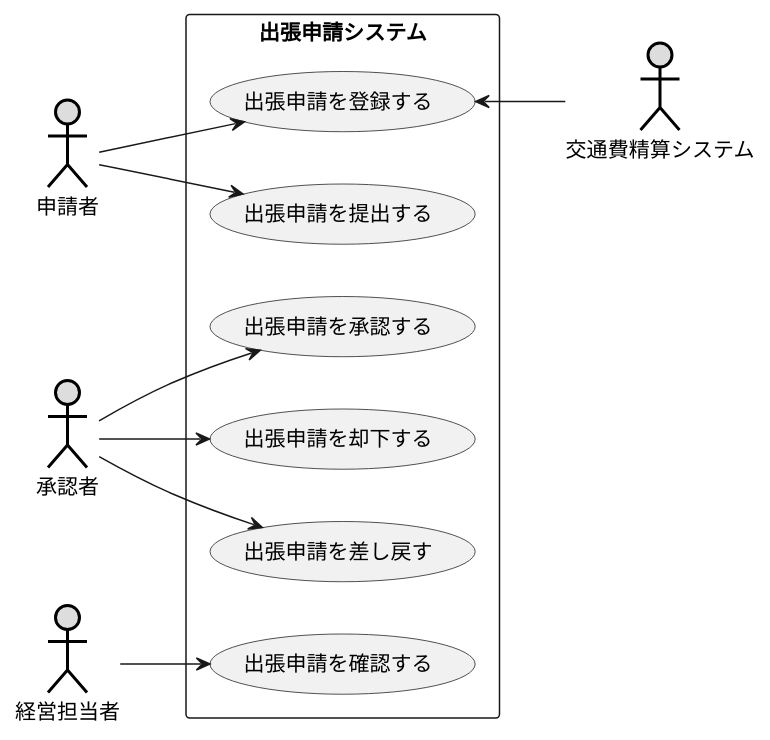
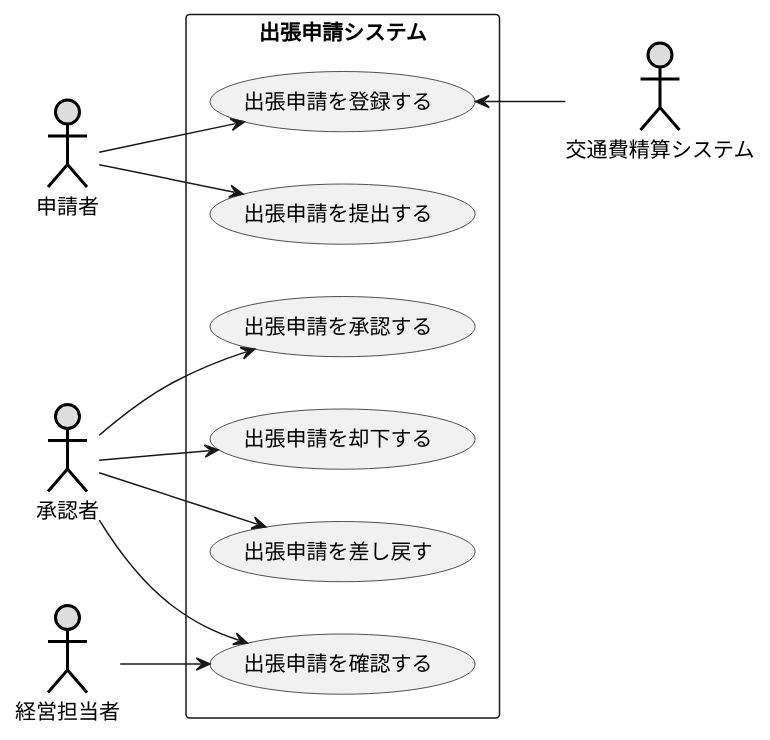
The diagram in 演習2-1_UM_出張管理システム.pu (eiki4221113/uml_introdaction), drawn with PlantUML before and after one commit.

Commit message:
修正点変更

```diff
--- a/演習2-1_UM_出張管理システム.pu
+++ b/演習2-1_UM_出張管理システム.pu
@@ -1,22 +1,23 @@
 @startuml 演習2-1
 left to right direction
 actor 申請者#DDDDDD;line:black;line.bold;
 actor 承認者#DDDDDD;line:black;line.bold;
 actor 経営担当者#DDDDDD;line:black;line.bold;
 actor 交通費精算システム#DDDDDD;line:black;line.bold;
 rectangle 出張申請システム{
 usecase 出張申請を登録する
 usecase 出張申請を提出する
 usecase 出張申請を承認する
 usecase 出張申請を却下する
 usecase 出張申請を差し戻す
 usecase 出張申請を確認する
 }
 申請者-->出張申請を登録する
 申請者-->出張申請を提出する
 承認者-->出張申請を承認する
 承認者-->出張申請を却下する
 承認者-->出張申請を差し戻す
+承認者-->出張申請を確認する
 経営担当者-->出張申請を確認する
 出張申請を登録する<--交通費精算システム
 @enduml
```
